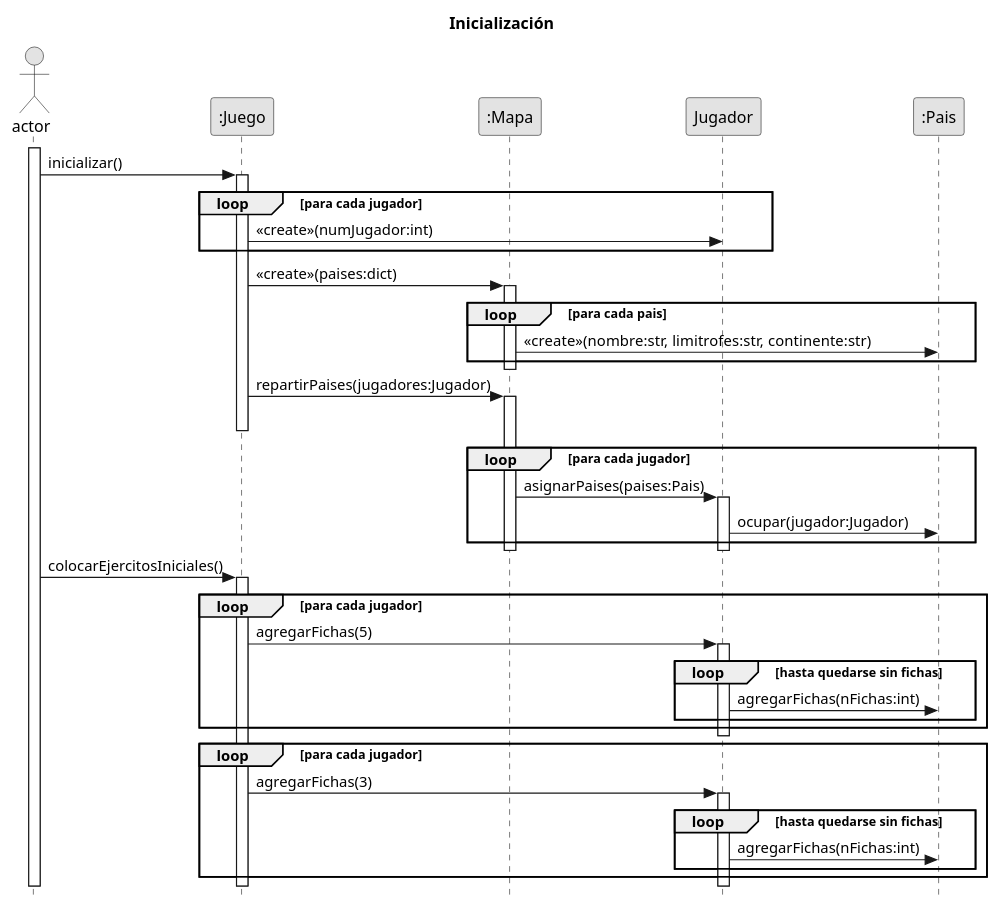
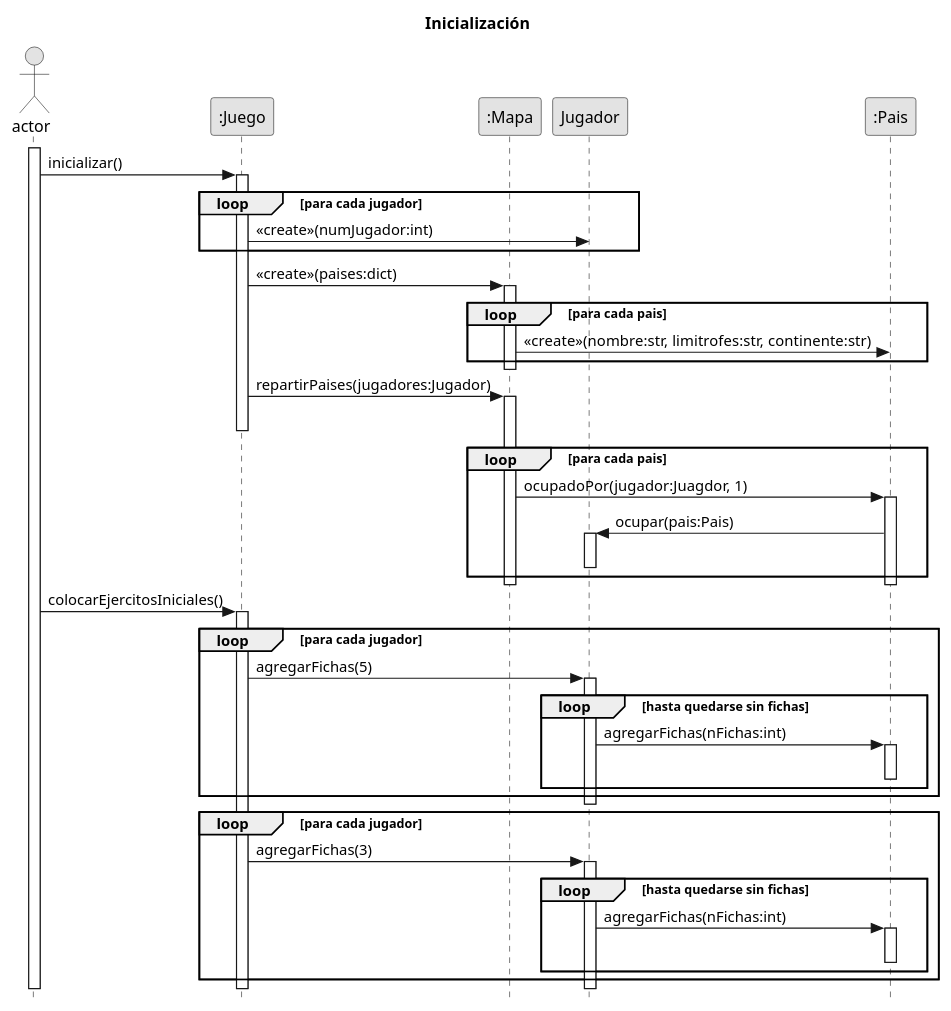
The diagram in UML/inicializacion.plantuml (Gabrielsem/A.L.T.E.G.O.), drawn with PlantUML before and after one commit.

Commit message:
update inicialización

```diff
--- a/UML/inicializacion.plantuml
+++ b/UML/inicializacion.plantuml
@@ -1,78 +1,81 @@
 @startuml
 /'title Inicialización
 skinparam responseMessageBelowArrow true
 skinparam monochrome true
 skinparam style strictuml
 hide footbox
 
 Actor actor
 participant juego as ":Juego"
 participant jug as "Jugador"
 participant pais as ":Pais"
 
 actor ++
 actor -> juego ++: agregarPaises(paises)
 
 actor -> juego: inicializar()
 
 loop para cada pais
     juego -> jug: ocupar(pais)
     juego -> pais: ocupadoPor(jugador, 1)
 end loop
 '/
 
 title Inicialización
 skinparam responseMessageBelowArrow true
 skinparam monochrome true
 skinparam style strictuml
 hide footbox
 
 Actor actor
 participant juego as ":Juego"
 participant mapa as ":Mapa"
 participant jug as "Jugador"
 participant pais as ":Pais"
 
 actor ++
 actor -> juego++: inicializar()
 
 loop para cada jugador
     juego -> jug: <<create>>(numJugador:int)
 end loop
 
 juego -> mapa++: <<create>>(paises:dict)
 
 loop para cada pais
     mapa -> pais: <<create>>(nombre:str, limitrofes:str, continente:str)
 end loop
 mapa--
 
 juego -> mapa++: repartirPaises(jugadores:Jugador)
 juego--
 
-loop para cada jugador
-    mapa -> jug++: asignarPaises(paises:Pais)
-    jug -> pais: ocupar(jugador:Jugador)
+loop para cada pais
+    mapa -> pais++: ocupadoPor(jugador:Juagdor, 1)
+    pais -> jug++: ocupar(pais:Pais)
+    jug--
 end loop
 mapa--
-jug--
+pais--
 
 actor -> juego++: colocarEjercitosIniciales()
 
 loop para cada jugador
     juego -> jug++: agregarFichas(5)
     loop hasta quedarse sin fichas
-        jug -> pais: agregarFichas(nFichas:int)
+        jug -> pais++: agregarFichas(nFichas:int)
+        pais--
     end loop
 end loop
 jug--
 
 loop para cada jugador
     juego -> jug++: agregarFichas(3)
     loop hasta quedarse sin fichas
-        jug -> pais: agregarFichas(nFichas:int)
+        jug -> pais++: agregarFichas(nFichas:int)
+        pais--
     end loop
 end loop
 
 
 @enduml
```
